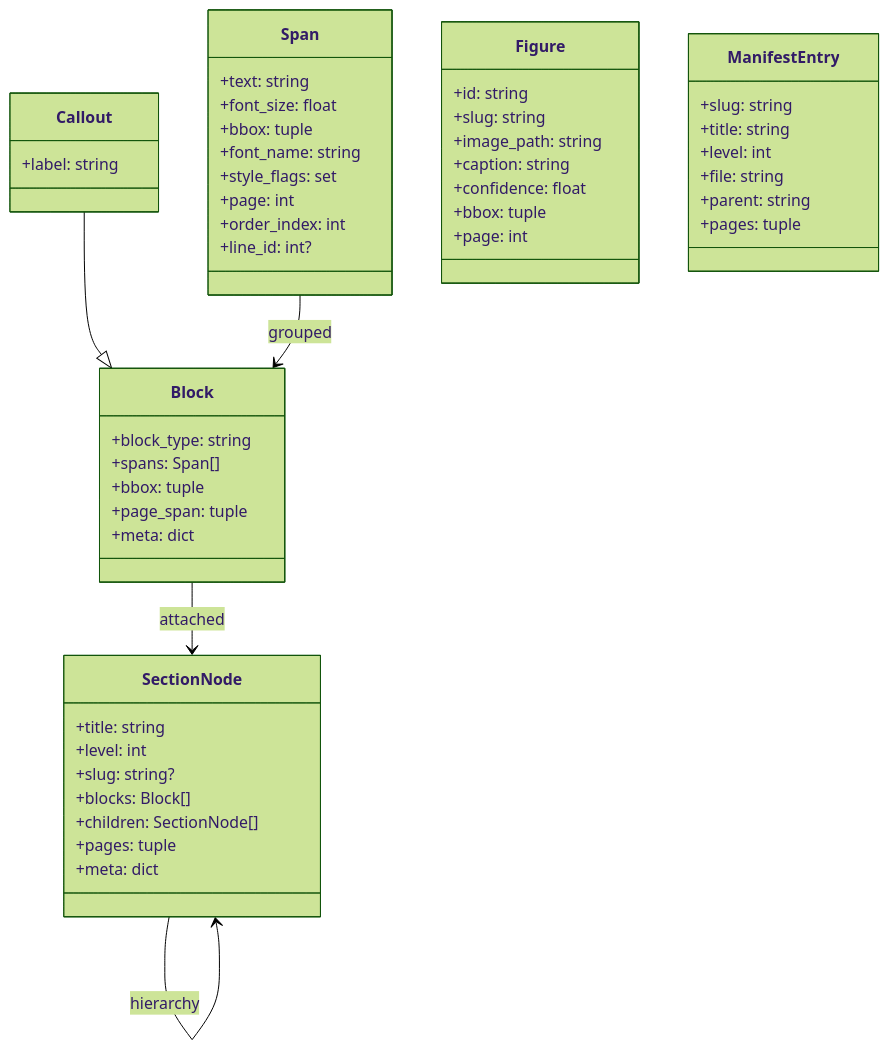
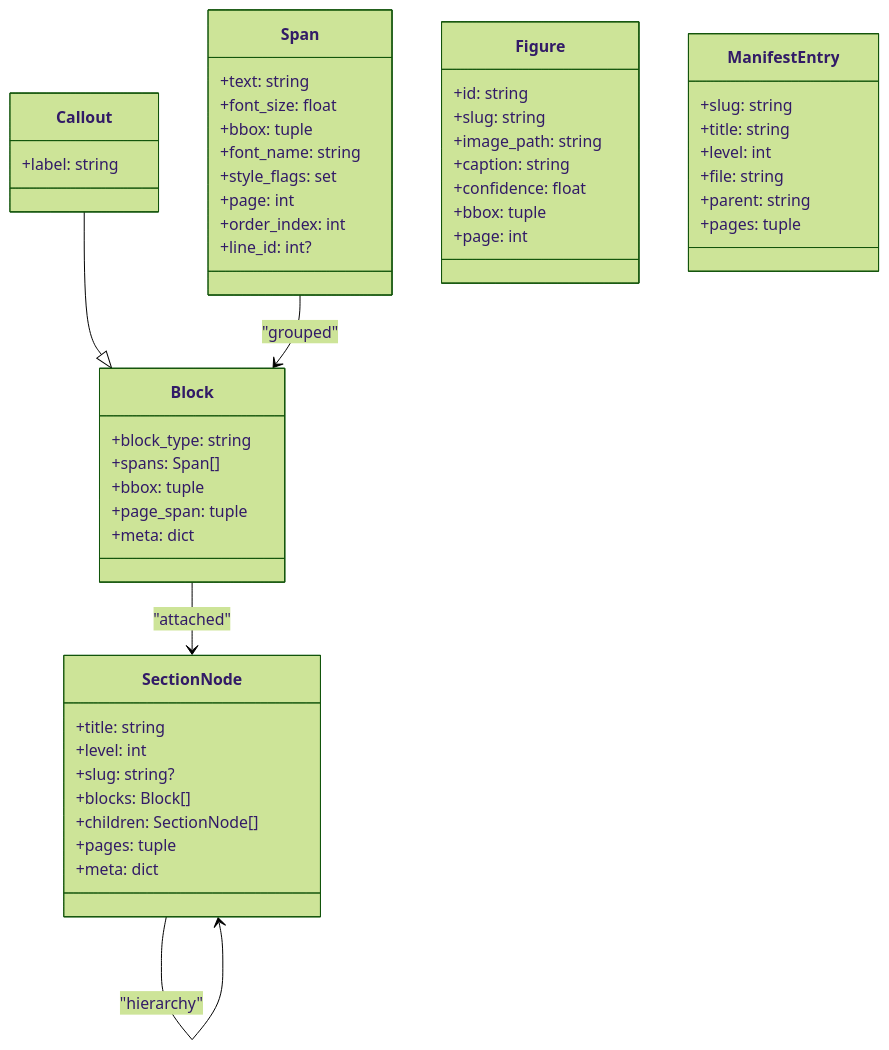
The second of 5 diagrams in doc/design.md (FBakkensen/bc-automated-tests-doc), drawn with Mermaid (forest theme) before and after one commit. The commit also changed other lines of this file and 4 other files, not shown here.

````diff
--- a/doc/design.md
+++ b/doc/design.md
@@ -82,53 +82,53 @@
 ```mermaid
 classDiagram
   class Span {
     +text: string
     +font_size: float
     +bbox: tuple
     +font_name: string
     +style_flags: set
     +page: int
     +order_index: int
     +line_id: int?
   }
   class Block {
     +block_type: string
     +spans: Span[]
     +bbox: tuple
     +page_span: tuple
     +meta: dict
   }
   class Callout {
     +label: string
   }
   Callout --|> Block
   class SectionNode {
     +title: string
     +level: int
     +slug: string?
     +blocks: Block[]
     +children: SectionNode[]
     +pages: tuple
     +meta: dict
   }
   class Figure {
     +id: string
     +slug: string
     +image_path: string
     +caption: string
     +confidence: float
     +bbox: tuple
     +page: int
   }
   class ManifestEntry {
     +slug: string
     +title: string
     +level: int
     +file: string
     +parent: string
     +pages: tuple
   }
-  Span --> Block : grouped
-  Block --> SectionNode : attached
-  SectionNode --> SectionNode : hierarchy
+  Span --> Block : "grouped"
+  Block --> SectionNode : "attached"
+  SectionNode --> SectionNode : "hierarchy"
 ```
````
